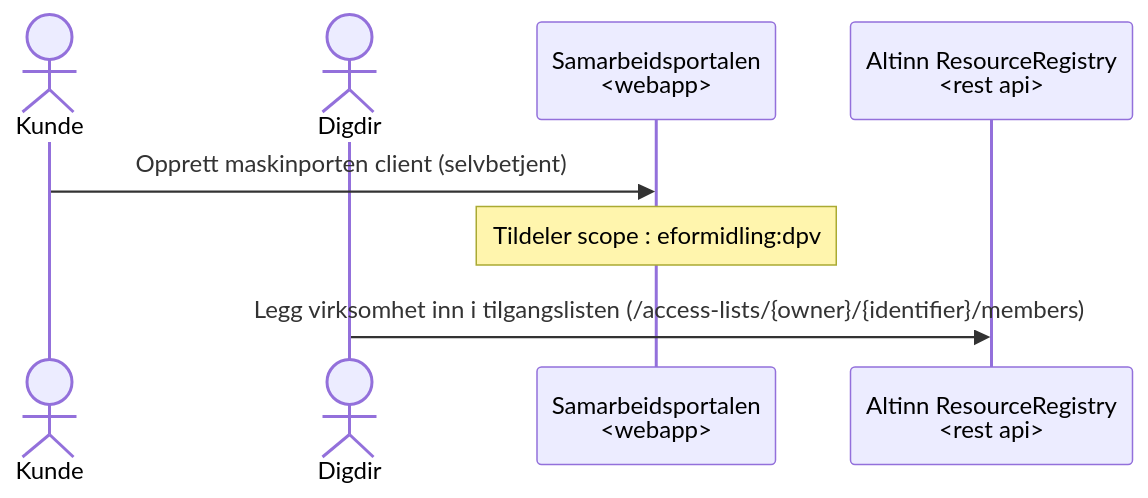
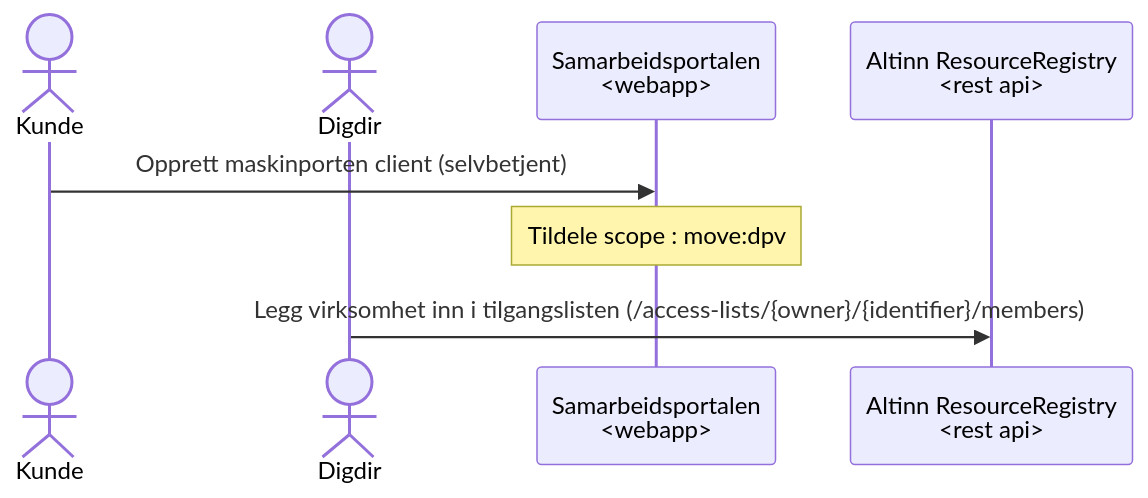
One commit to felleslosninger/efm-integrasjonspunkt changed the first of 2 diagrams in altinn-v3-client/altinn_dpv.md. Above: the diagram before and after it, drawn with Mermaid. The commit also changed other lines of this file and 1 other file, not shown here.

Commit message:
Oppdatert DPO og DPV onboarding

````diff
--- a/altinn-v3-client/altinn_dpv.md
+++ b/altinn-v3-client/altinn_dpv.md
@@ -12,11 +12,11 @@
 ```mermaid
 sequenceDiagram
     actor K as Kunde
     actor D as Digdir
     participant S as Samarbeidsportalen<br><webapp>
     participant AR as Altinn ResourceRegistry<br><rest api>
     
     K->>S: Opprett maskinporten client (selvbetjent)
-    note over S : Tildeler scope : eformidling:dpv 
+    note over S : Tildele scope : move:dpv 
     D->>AR: Legg virksomhet inn i tilgangslisten (/access-lists/{owner}/{identifier}/members) 
 ```
````
